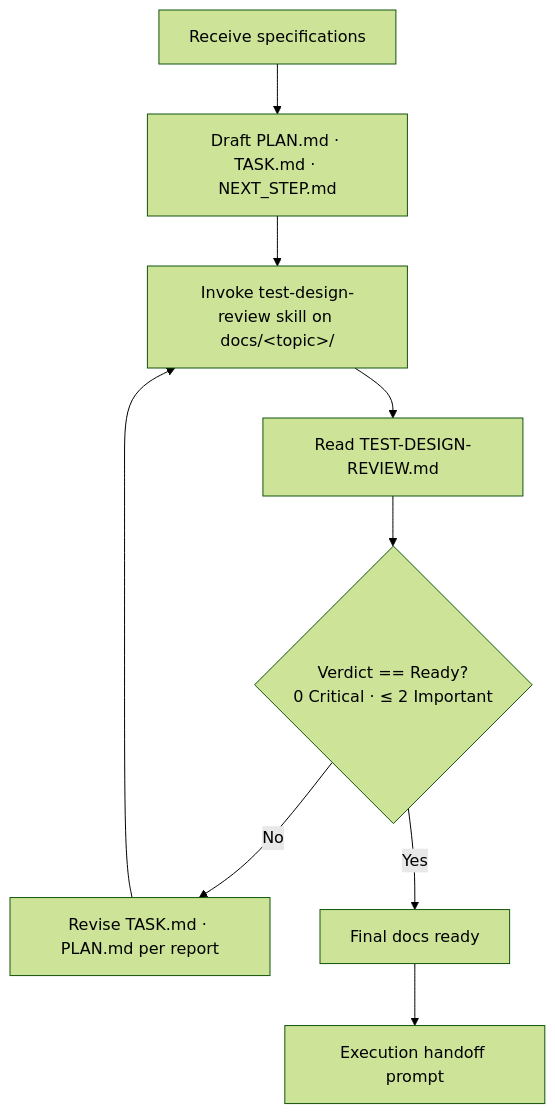
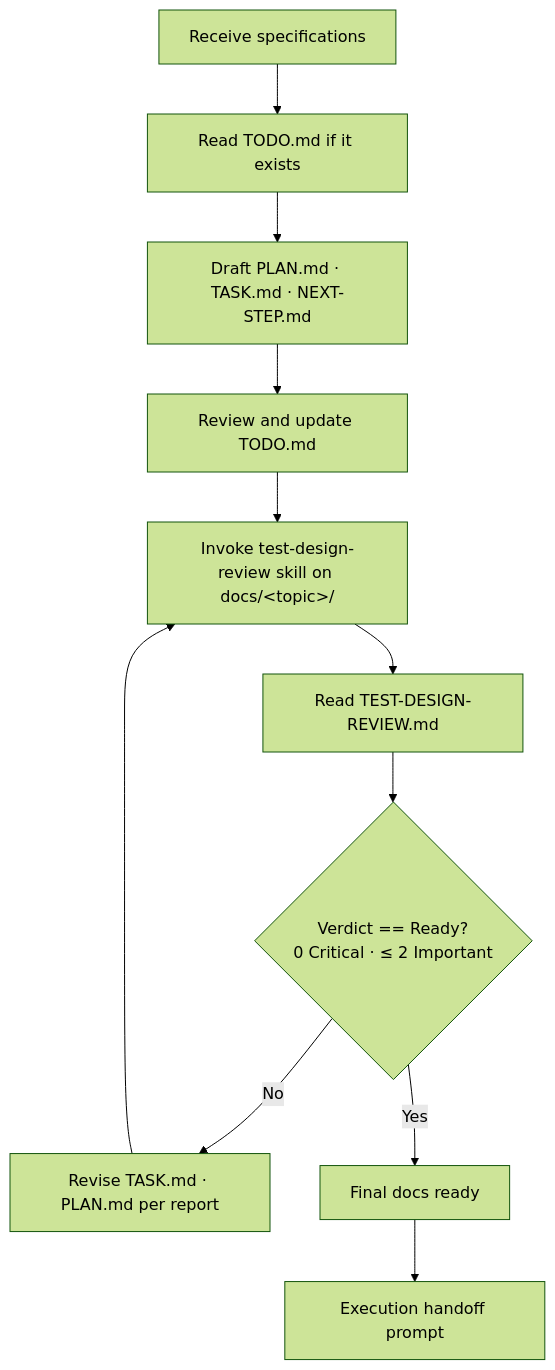
Before and after one commit to KiSae-Lee/agentic-workflow: the first of 2 diagrams in .claude/skills/planning/SKILL.md, drawn with Mermaid (forest theme). The commit also changed other lines of this file and 40 other files, not shown here.

````diff
--- a/.claude/skills/planning/SKILL.md
+++ b/.claude/skills/planning/SKILL.md
@@ -20,11 +36,13 @@
 ```mermaid
 flowchart TD
-    A[Receive specifications] --> B[Draft PLAN.md · TASK.md · NEXT_STEP.md]
-    B --> C[Invoke test-design-review skill on docs/&lt;topic&gt;/]
+    A[Receive specifications] --> A1[Read TODO.md if it exists]
+    A1 --> B[Draft PLAN.md · TASK.md · NEXT-STEP.md]
+    B --> B1[Review and update TODO.md]
+    B1 --> C[Invoke test-design-review skill on docs/&lt;topic&gt;/]
     C --> D[Read TEST-DESIGN-REVIEW.md]
     D --> E{Verdict == Ready?<br/>0 Critical · ≤ 2 Important}
     E -->|No| F[Revise TASK.md · PLAN.md per report]
     F --> C
     E -->|Yes| G[Final docs ready]
     G --> H[Execution handoff prompt]
 ```
````
